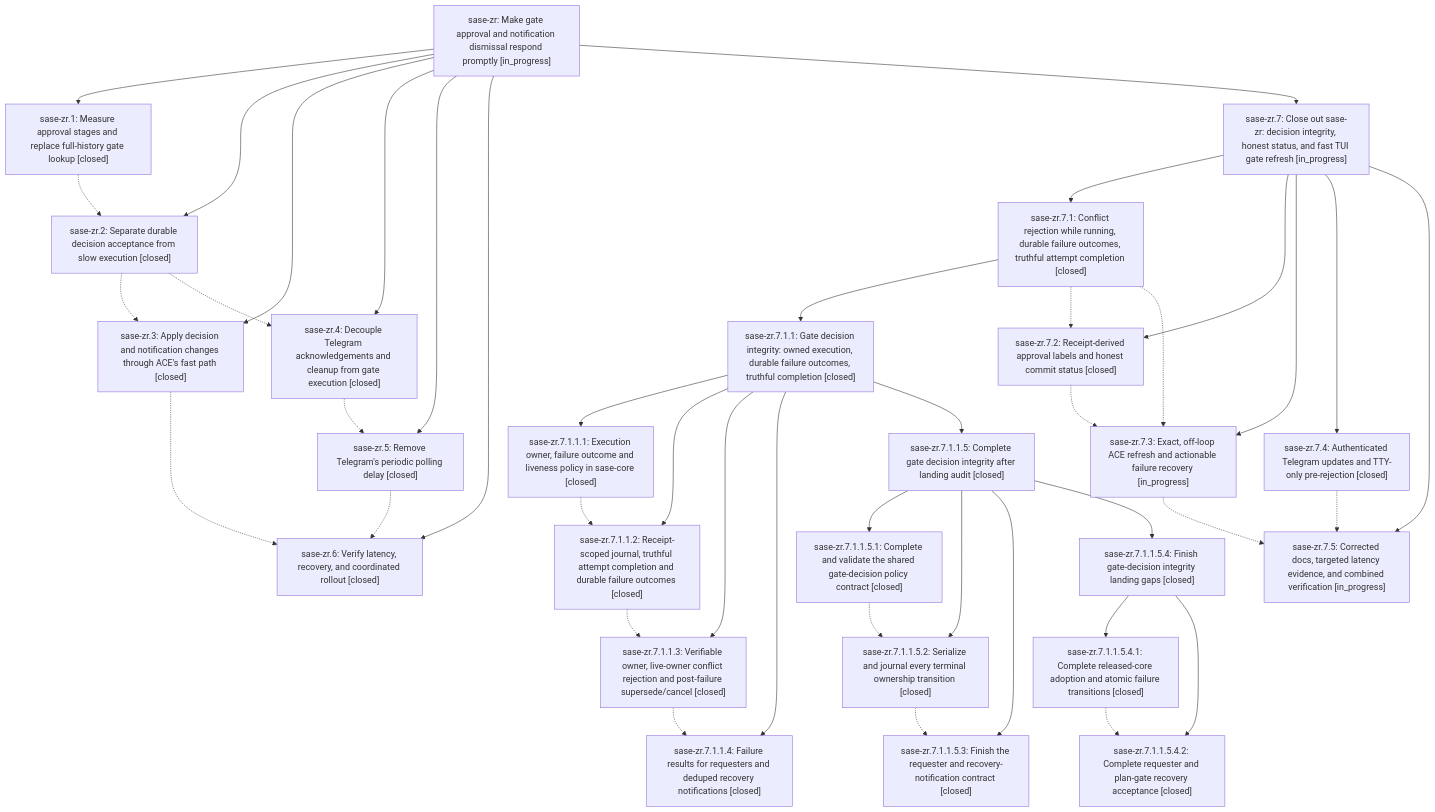
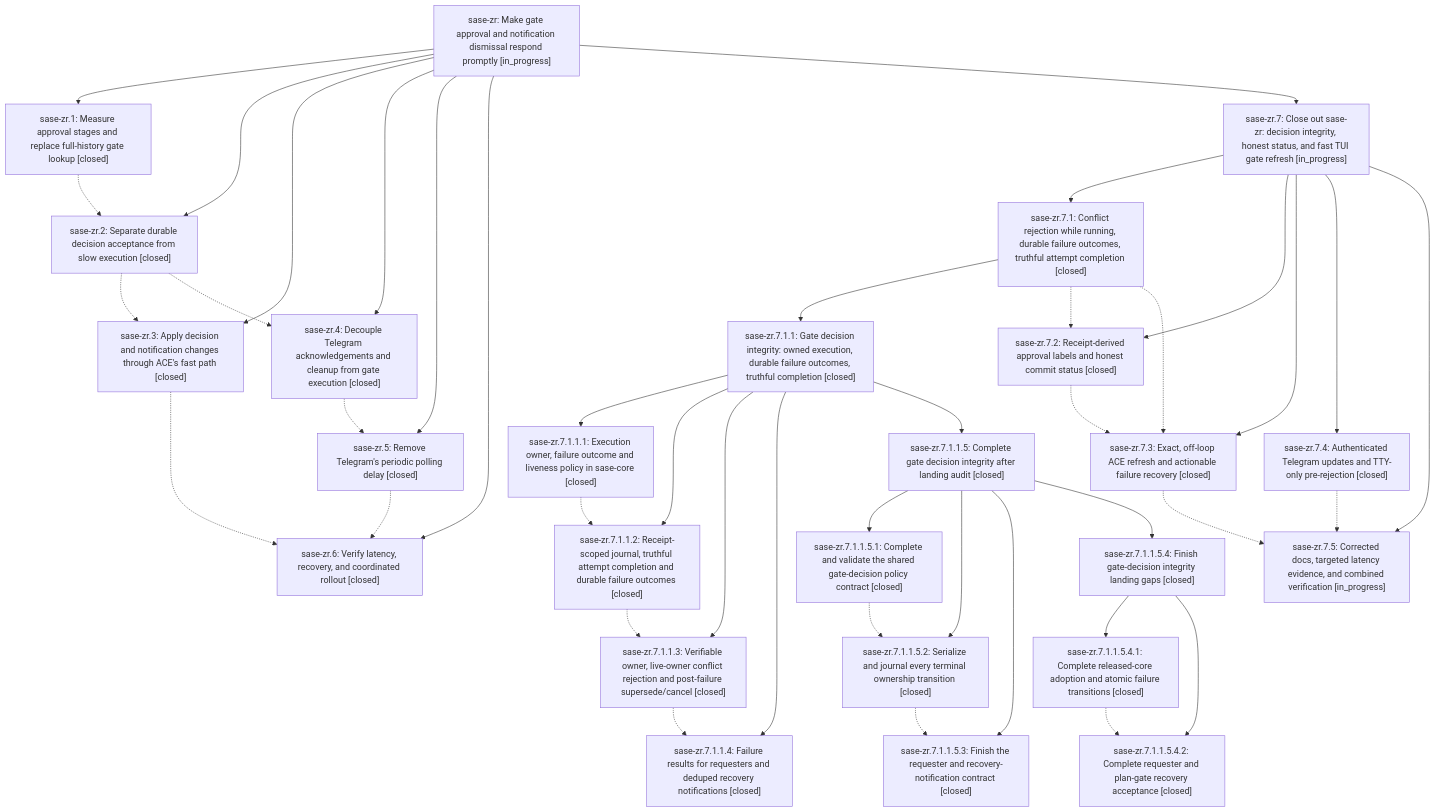
Before and after one commit to sase-org/sase--beads: the diagram in pages/sase-zr/README.md, drawn with Mermaid. The commit also changed other lines of this file and 5 other files, not shown here.

````diff
--- a/pages/sase-zr/README.md
+++ b/pages/sase-zr/README.md
@@ -92,69 +92,69 @@
 ```mermaid
 flowchart TD
     n0["sase-zr: Make gate approval and notification dismissal respond promptly [in_progress]"]
     n1["sase-zr.1: Measure approval stages and replace full-history gate lookup [closed]"]
     n2["sase-zr.2: Separate durable decision acceptance from slow execution [closed]"]
     n3["sase-zr.3: Apply decision and notification changes through ACE's fast path [closed]"]
     n4["sase-zr.4: Decouple Telegram acknowledgements and cleanup from gate execution [closed]"]
     n5["sase-zr.5: Remove Telegram's periodic polling delay [closed]"]
     n6["sase-zr.6: Verify latency, recovery, and coordinated rollout [closed]"]
     n7["sase-zr.7: Close out sase-zr: decision integrity, honest status, and fast TUI gate refresh [in_progress]"]
     n8["sase-zr.7.1: Conflict rejection while running, durable failure outcomes, truthful attempt completion [closed]"]
     n9["sase-zr.7.1.1: Gate decision integrity: owned execution, durable failure outcomes, truthful completion [closed]"]
     n10["sase-zr.7.1.1.1: Execution owner, failure outcome and liveness policy in sase-core [closed]"]
     n11["sase-zr.7.1.1.2: Receipt-scoped journal, truthful attempt completion and durable failure outcomes [closed]"]
     n12["sase-zr.7.1.1.3: Verifiable owner, live-owner conflict rejection and post-failure supersede/cancel [closed]"]
     n13["sase-zr.7.1.1.4: Failure results for requesters and deduped recovery notifications [closed]"]
     n14["sase-zr.7.1.1.5: Complete gate decision integrity after landing audit [closed]"]
     n15["sase-zr.7.1.1.5.1: Complete and validate the shared gate-decision policy contract [closed]"]
     n16["sase-zr.7.1.1.5.2: Serialize and journal every terminal ownership transition [closed]"]
     n17["sase-zr.7.1.1.5.3: Finish the requester and recovery-notification contract [closed]"]
     n18["sase-zr.7.1.1.5.4: Finish gate-decision integrity landing gaps [closed]"]
     n19["sase-zr.7.1.1.5.4.1: Complete released-core adoption and atomic failure transitions [closed]"]
     n20["sase-zr.7.1.1.5.4.2: Complete requester and plan-gate recovery acceptance [closed]"]
     n21["sase-zr.7.2: Receipt-derived approval labels and honest commit status [closed]"]
-    n22["sase-zr.7.3: Exact, off-loop ACE refresh and actionable failure recovery [in_progress]"]
+    n22["sase-zr.7.3: Exact, off-loop ACE refresh and actionable failure recovery [closed]"]
     n23["sase-zr.7.4: Authenticated Telegram updates and TTY-only pre-rejection [closed]"]
     n24["sase-zr.7.5: Corrected docs, targeted latency evidence, and combined verification [in_progress]"]
     n0 --> n1
     n0 --> n2
     n0 --> n3
     n0 --> n4
     n0 --> n5
     n0 --> n6
     n0 --> n7
     n7 --> n8
     n8 --> n9
     n9 --> n10
     n9 --> n11
     n9 --> n12
     n9 --> n13
     n9 --> n14
     n14 --> n15
     n14 --> n16
     n14 --> n17
     n14 --> n18
     n18 --> n19
     n18 --> n20
     n7 --> n21
     n7 --> n22
     n7 --> n23
     n7 --> n24
     n1 -.-> n2
     n2 -.-> n3
     n2 -.-> n4
     n3 -.-> n6
     n4 -.-> n5
     n5 -.-> n6
     n8 -.-> n21
     n8 -.-> n22
     n10 -.-> n11
     n11 -.-> n12
     n12 -.-> n13
     n15 -.-> n16
     n16 -.-> n17
     n19 -.-> n20
     n21 -.-> n22
     n22 -.-> n24
     n23 -.-> n24
 ```
````
